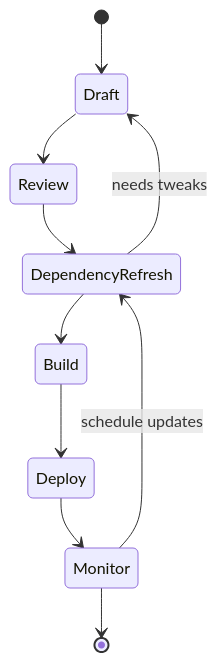
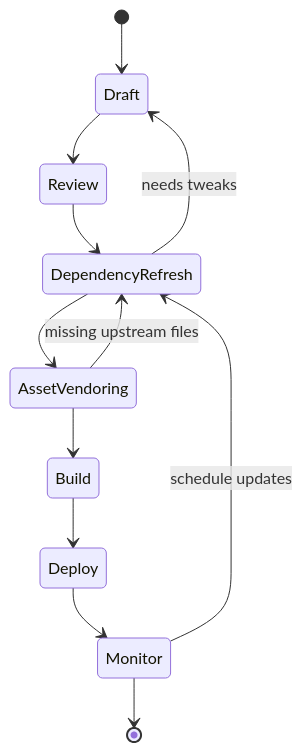
The second of 6 diagrams in README.md (muyueh/Jekyll), drawn with Mermaid before and after one commit. The commit also changed other lines of this file and 3 other files, not shown here.

````diff
--- a/README.md
+++ b/README.md
@@ -17,12 +18,14 @@
 ```mermaid
 stateDiagram-v2
     [*] --> Draft
     Draft --> Review
     Review --> DependencyRefresh
-    DependencyRefresh --> Build
+    DependencyRefresh --> AssetVendoring
+    AssetVendoring --> Build
     Build --> Deploy
     Deploy --> Monitor
     Monitor --> [*]
     DependencyRefresh --> Draft : needs tweaks
+    AssetVendoring --> DependencyRefresh : missing upstream files
     Monitor --> DependencyRefresh : schedule updates
 ```
````
